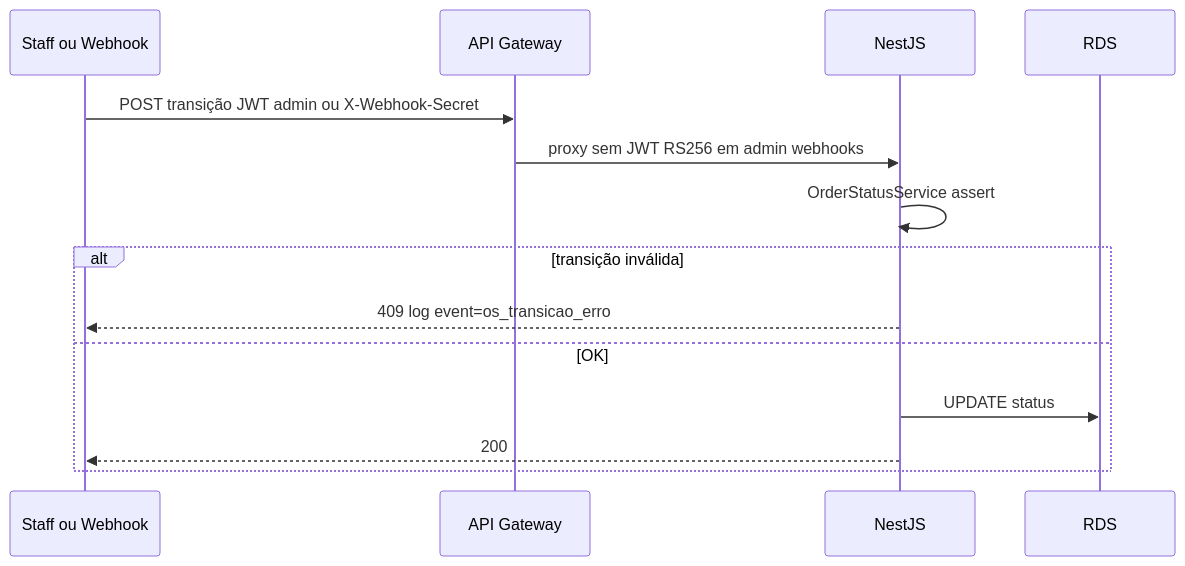
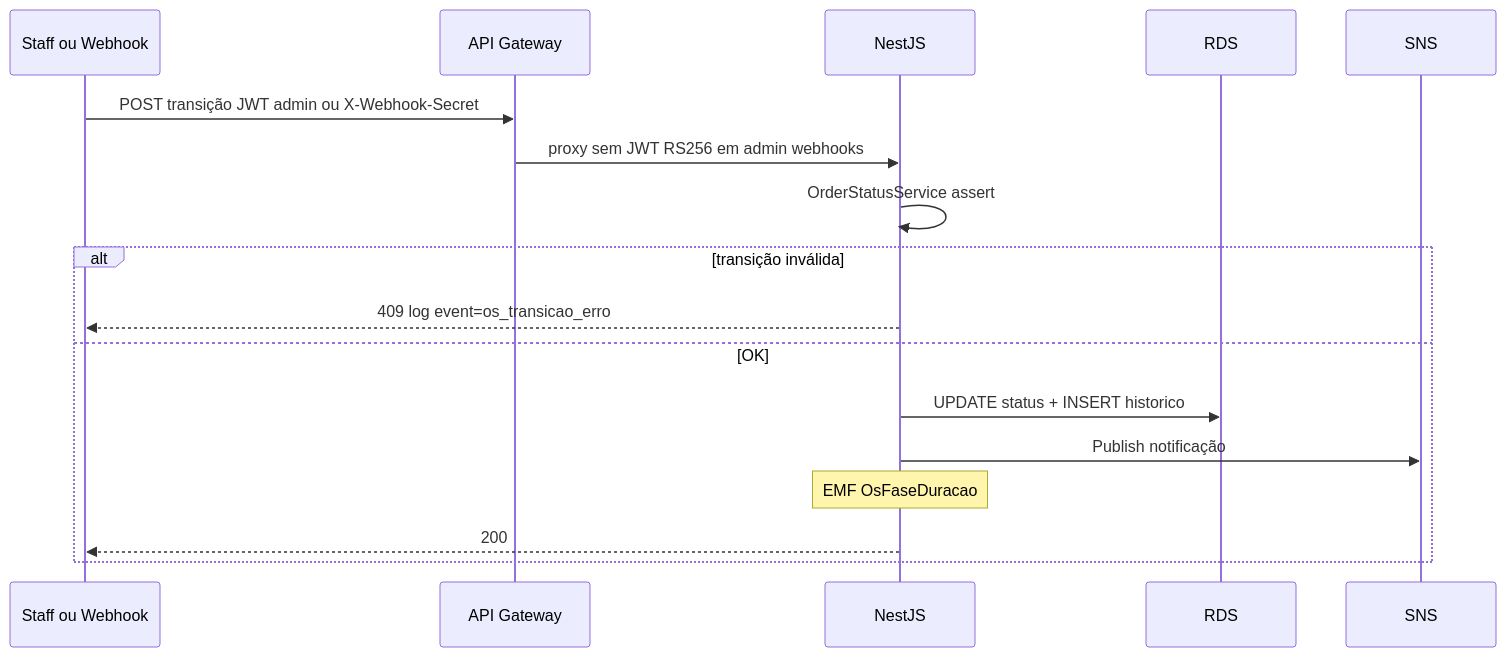
Before and after one commit to dinhogt/autoservicemanager-app: the sixth of 6 diagrams in docs/architecture/diagrams-fase3.md, drawn with Mermaid. The commit also changed other lines of this file and 50 other files, not shown here.

````diff
--- a/docs/architecture/diagrams-fase3.md
+++ b/docs/architecture/diagrams-fase3.md
@@ -134,16 +158,19 @@
 ```mermaid
 sequenceDiagram
   participant S as Staff ou Webhook
   participant G as API Gateway
   participant A as NestJS
   participant D as RDS
+  participant SNS as SNS
   S->>G: POST transição JWT admin ou X-Webhook-Secret
   G->>A: proxy sem JWT RS256 em admin webhooks
   A->>A: OrderStatusService assert
   alt transição inválida
     A-->>S: 409 log event=os_transicao_erro
   else OK
-    A->>D: UPDATE status
+    A->>D: UPDATE status + INSERT historico
+    A->>SNS: Publish notificação
+    Note over A: EMF OsFaseDuracao
     A-->>S: 200
   end
 ```
````
